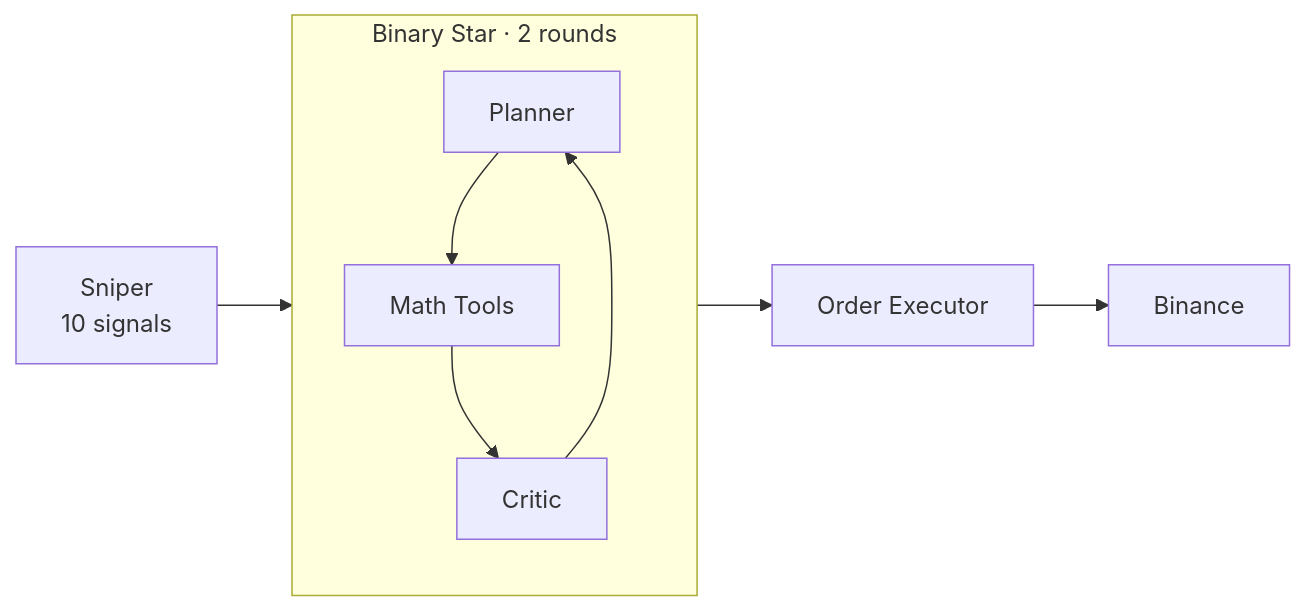
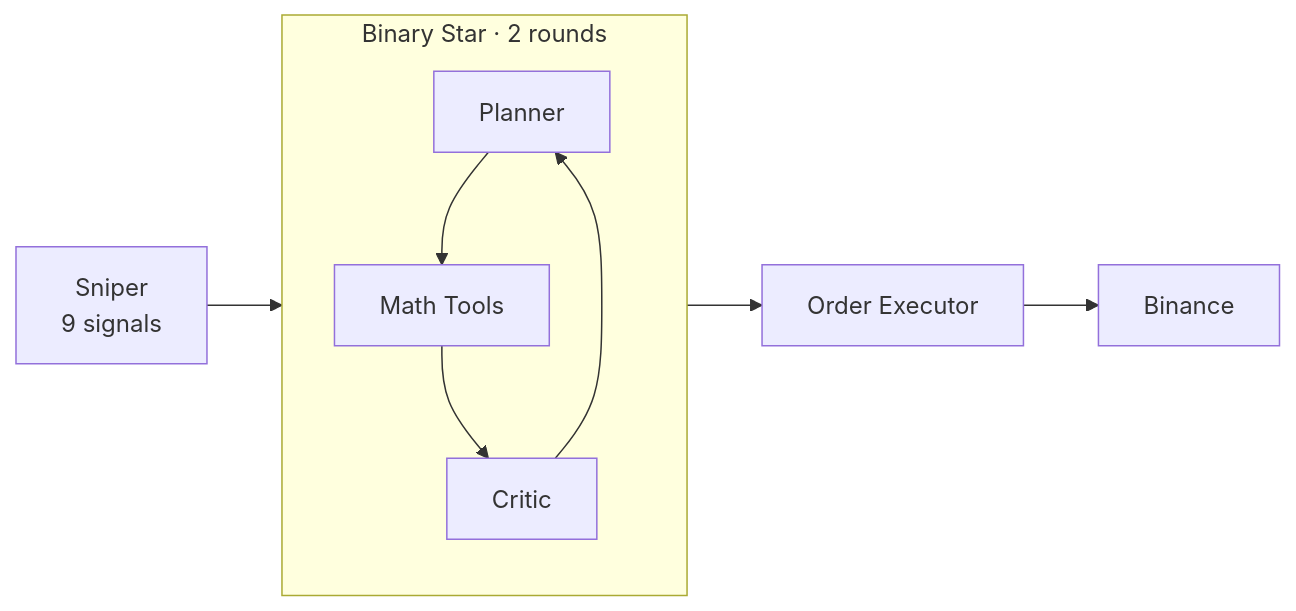
Before and after one commit to jiangyang5157/binary-star: the second of 3 diagrams in README.md, drawn with Mermaid. The commit also changed other lines of this file, not shown here.

Commit message:
docs: update system architecture documentation and configuration requirements for updated signal and meta-evolution logic

````diff
--- a/README.md
+++ b/README.md
@@ -50,15 +50,15 @@
 ```mermaid
 graph LR
     subgraph Debate["Binary Star · 2 rounds"]
         Planner["Planner"]
         Critic["Critic"]
         Math["Math Tools"]
         Planner --> Math
         Math --> Critic
         Critic --> Planner
     end
 
-    Sniper["Sniper<br/>10 signals"] --> Debate
+    Sniper["Sniper<br/>9 signals"] --> Debate
     Debate --> Executor["Order Executor"]
     Executor --> Binance["Binance"]
 ```
````
